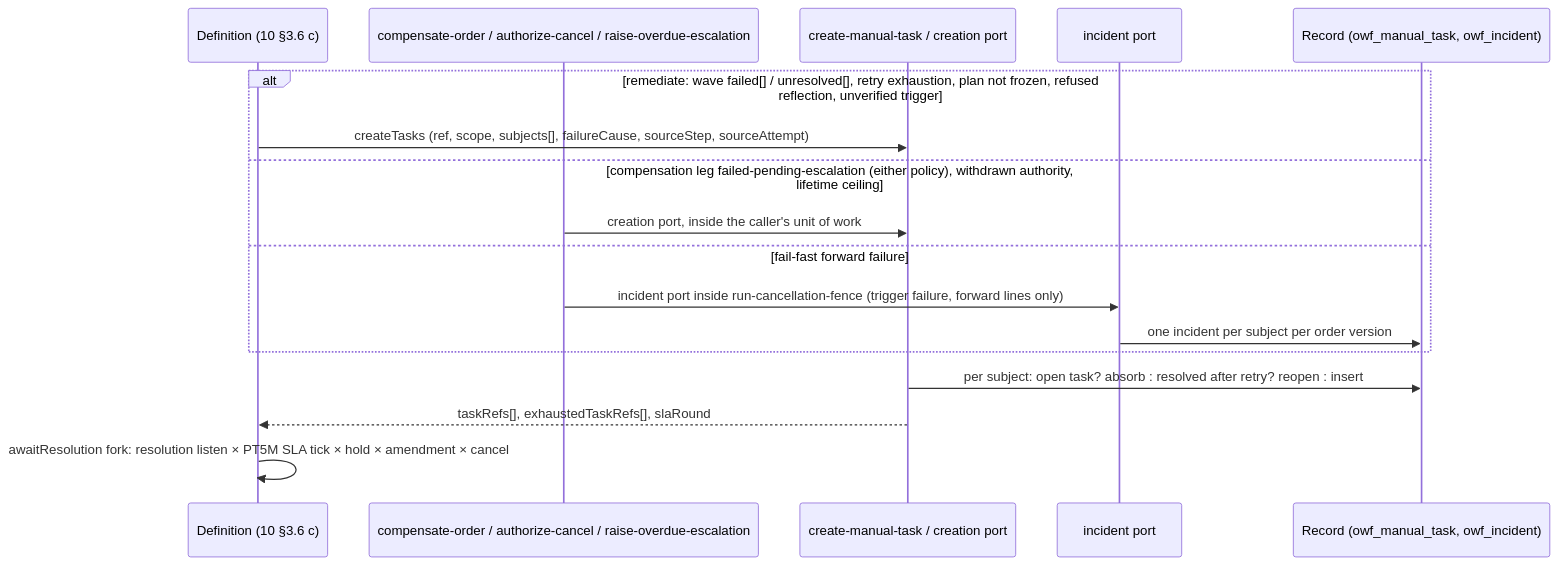
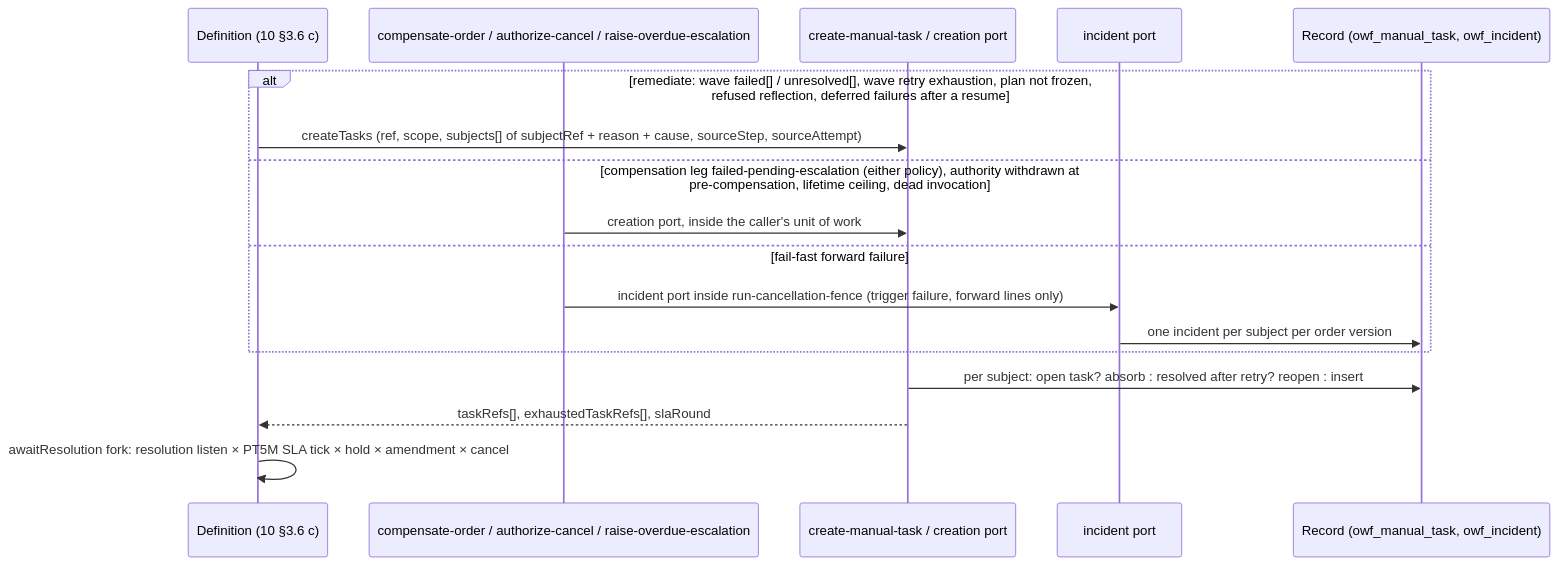
The second of 5 diagrams in gears/bss/orders-workflow/docs/design/07-manual-tasks.md (constructorfabric/gears-rust), drawn with Mermaid before and after one commit. The commit also changed other lines of this file and 13 other files, not shown here.

````diff
--- a/gears/bss/orders-workflow/docs/design/07-manual-tasks.md
+++ b/gears/bss/orders-workflow/docs/design/07-manual-tasks.md
@@ -804,19 +813,19 @@
 ```mermaid
 sequenceDiagram
     participant D as Definition (10 §3.6 c)
     participant CO as compensate-order / authorize-cancel / raise-overdue-escalation
     participant MTC as create-manual-task / creation port
     participant IR as incident port
     participant R as Record (owf_manual_task, owf_incident)
-    alt remediate: wave failed[] / unresolved[], retry exhaustion, plan not frozen, refused reflection, unverified trigger
-        D ->> MTC: createTasks (ref, scope, subjects[], failureCause, sourceStep, sourceAttempt)
-    else compensation leg failed-pending-escalation (either policy), withdrawn authority, lifetime ceiling
+    alt remediate: wave failed[] / unresolved[], wave retry exhaustion, plan not frozen, refused reflection, deferred failures after a resume
+        D ->> MTC: createTasks (ref, scope, subjects[] of subjectRef + reason + cause, sourceStep, sourceAttempt)
+    else compensation leg failed-pending-escalation (either policy), authority withdrawn at pre-compensation, lifetime ceiling, dead invocation
         CO ->> MTC: creation port, inside the caller's unit of work
     else fail-fast forward failure
         CO ->> IR: incident port inside run-cancellation-fence (trigger failure, forward lines only)
         IR ->> R: one incident per subject per order version
     end
     MTC ->> R: per subject: open task? absorb : resolved after retry? reopen : insert
     MTC -->> D: taskRefs[], exhaustedTaskRefs[], slaRound
     D ->> D: awaitResolution fork: resolution listen × PT5M SLA tick × hold × amendment × cancel
 ```
````
